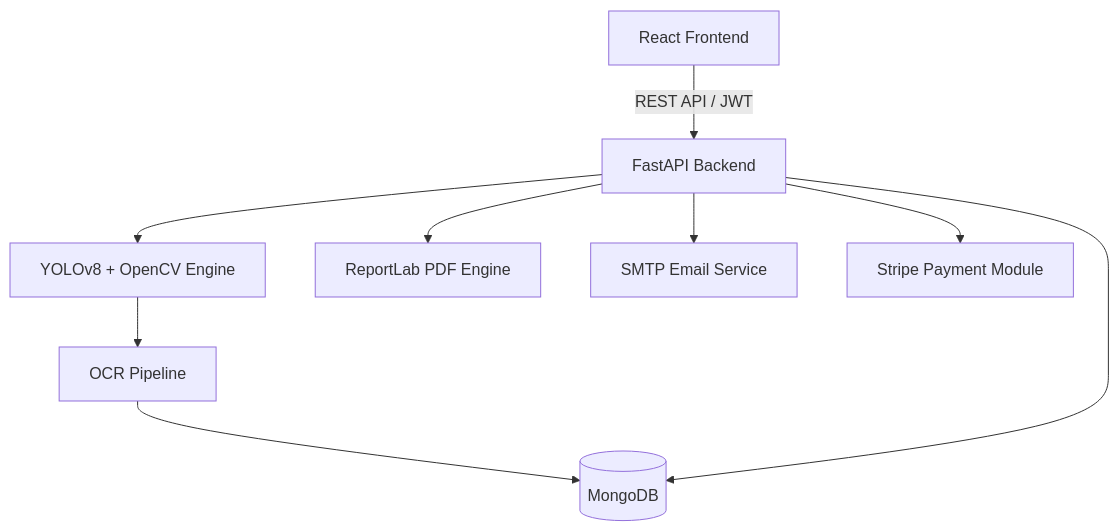
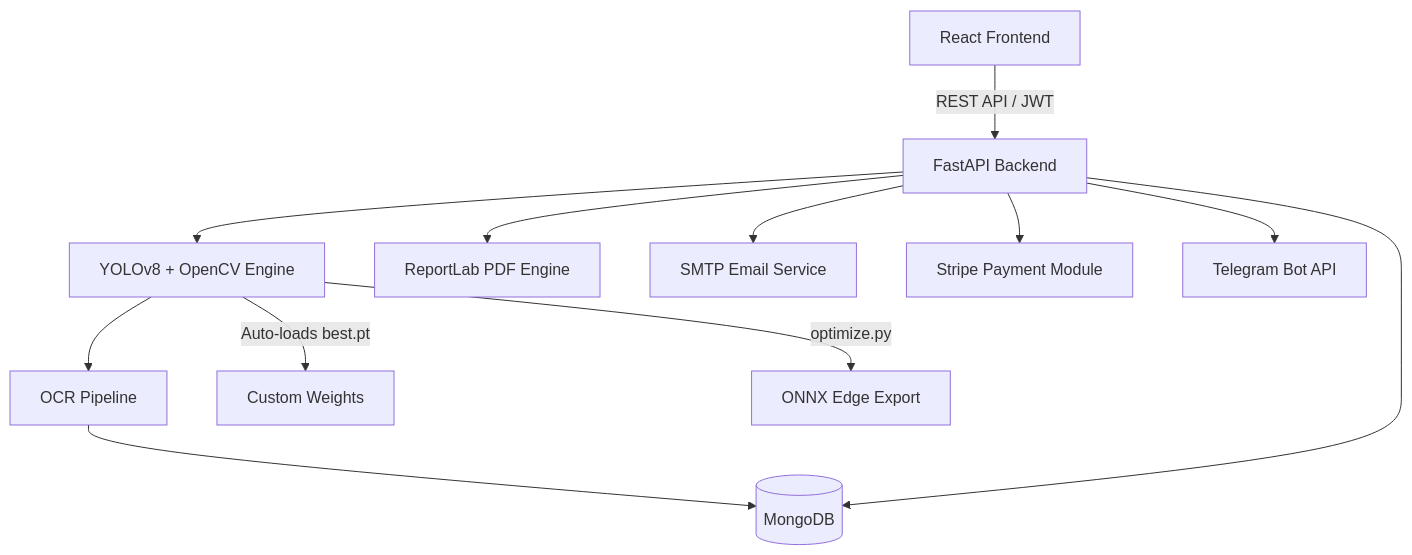
Before and after one commit to Manishkumar1163/smart-traffic-management: the diagram in README.md, drawn with Mermaid. The commit also changed other lines of this file and 54 other files, not shown here.

````diff
--- a/README.md
+++ b/README.md
@@ -50,11 +51,14 @@
 ```mermaid
 graph TD
     A[React Frontend] -->|REST API / JWT| B[FastAPI Backend]
     B --> C[YOLOv8 + OpenCV Engine]
     C --> D[OCR Pipeline]
     D --> E[(MongoDB)]
     B --> E
     B --> F[ReportLab PDF Engine]
     B --> G[SMTP Email Service]
     B --> H[Stripe Payment Module]
+    B --> I[Telegram Bot API]
+    C -->|Auto-loads best.pt| J[Custom Weights]
+    C -->|optimize.py| K[ONNX Edge Export]
 ```  
````
